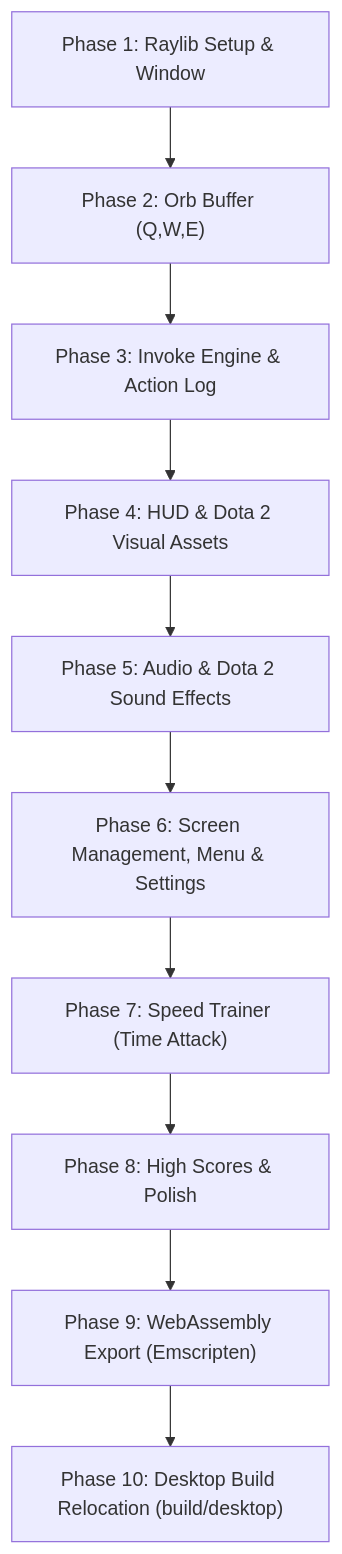
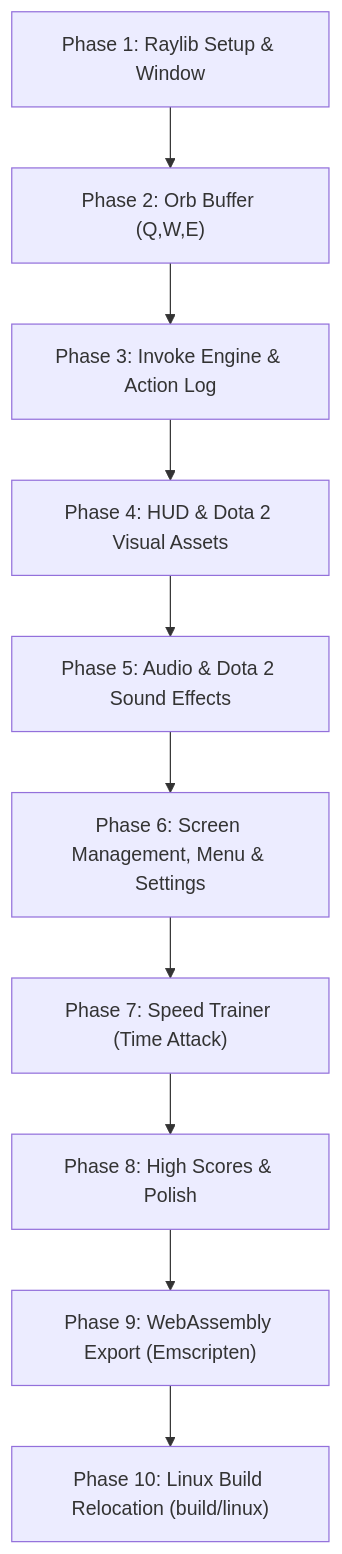
The diagram in docs/ROADMAP.md (rasyidcode/invoker-game), drawn with Mermaid before and after one commit. The commit also changed other lines of this file, not shown here.

Commit message:
docs(roadmap): rename Phase 10 target to build/linux for multi-platform consistency

````diff
--- a/docs/ROADMAP.md
+++ b/docs/ROADMAP.md
@@ -9,12 +9,12 @@
 ```mermaid
 flowchart TD
     M1["Phase 1: Raylib Setup & Window"] --> M2["Phase 2: Orb Buffer (Q,W,E)"]
     M2 --> M3["Phase 3: Invoke Engine & Action Log"]
     M3 --> M4["Phase 4: HUD & Dota 2 Visual Assets"]
     M4 --> M5["Phase 5: Audio & Dota 2 Sound Effects"]
     M5 --> M6["Phase 6: Screen Management, Menu & Settings"]
     M6 --> M7["Phase 7: Speed Trainer (Time Attack)"]
     M7 --> M8["Phase 8: High Scores & Polish"]
     M8 --> M9["Phase 9: WebAssembly Export (Emscripten)"]
-    M9 --> M10["Phase 10: Desktop Build Relocation (build/desktop)"]
+    M9 --> M10["Phase 10: Linux Build Relocation (build/linux)"]
 ```
````
